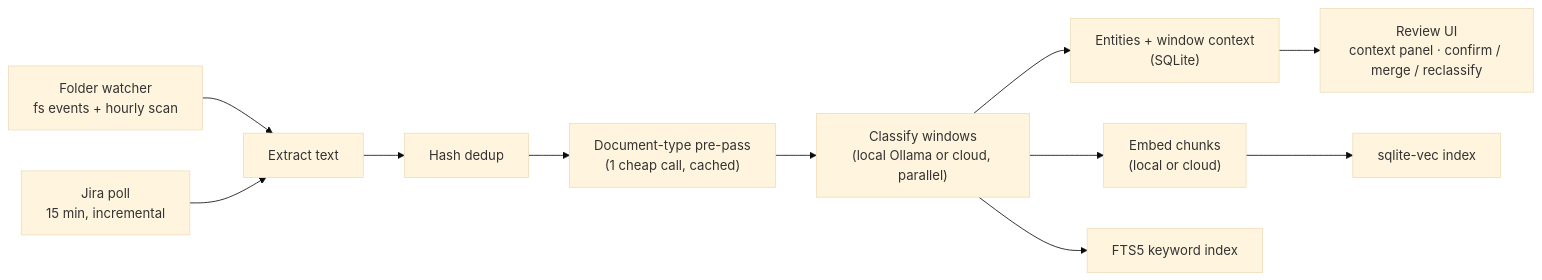
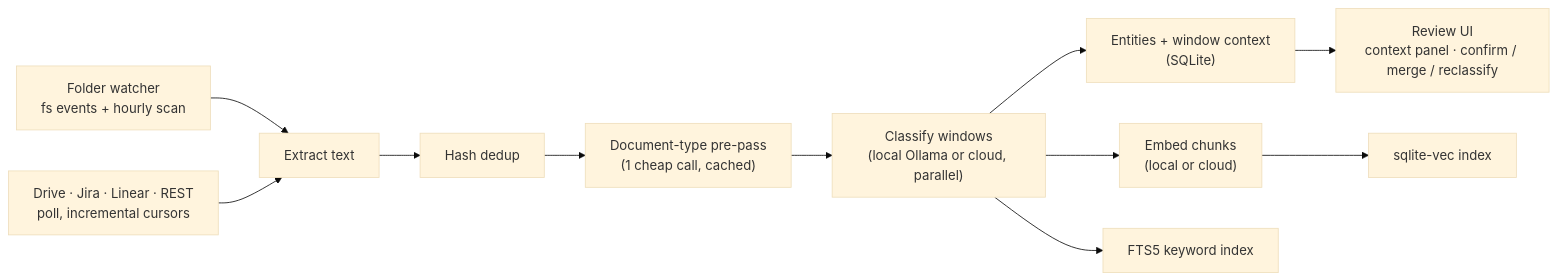
One commit to Atsirkunov/anchorcore changed the second of 4 diagrams in docs/architecture.md. Above: the diagram before and after it, drawn with Mermaid (base theme). The commit also changed other lines of this file and 29 other files, not shown here.

````diff
--- a/docs/architecture.md
+++ b/docs/architecture.md
@@ -48,13 +58,13 @@
 ```mermaid
 flowchart LR
     watcher["Folder watcher<br/>fs events + hourly scan"] --> extract["Extract text"]
-    jira["Jira poll<br/>15 min, incremental"] --> extract
+    apis["Drive · Jira · Linear · REST<br/>poll, incremental cursors"] --> extract
     extract --> hash["Hash dedup"]
     hash --> type["Document-type pre-pass<br/>(1 cheap call, cached)"]
     type --> classify["Classify windows<br/>(local Ollama or cloud, parallel)"]
     classify --> entities["Entities + window context<br/>(SQLite)"]
     classify --> embed["Embed chunks<br/>(local or cloud)"]
     embed --> vec["sqlite-vec index"]
     classify --> fts["FTS5 keyword index"]
     entities --> review["Review UI<br/>context panel · confirm / merge / reclassify"]
 ```
````
